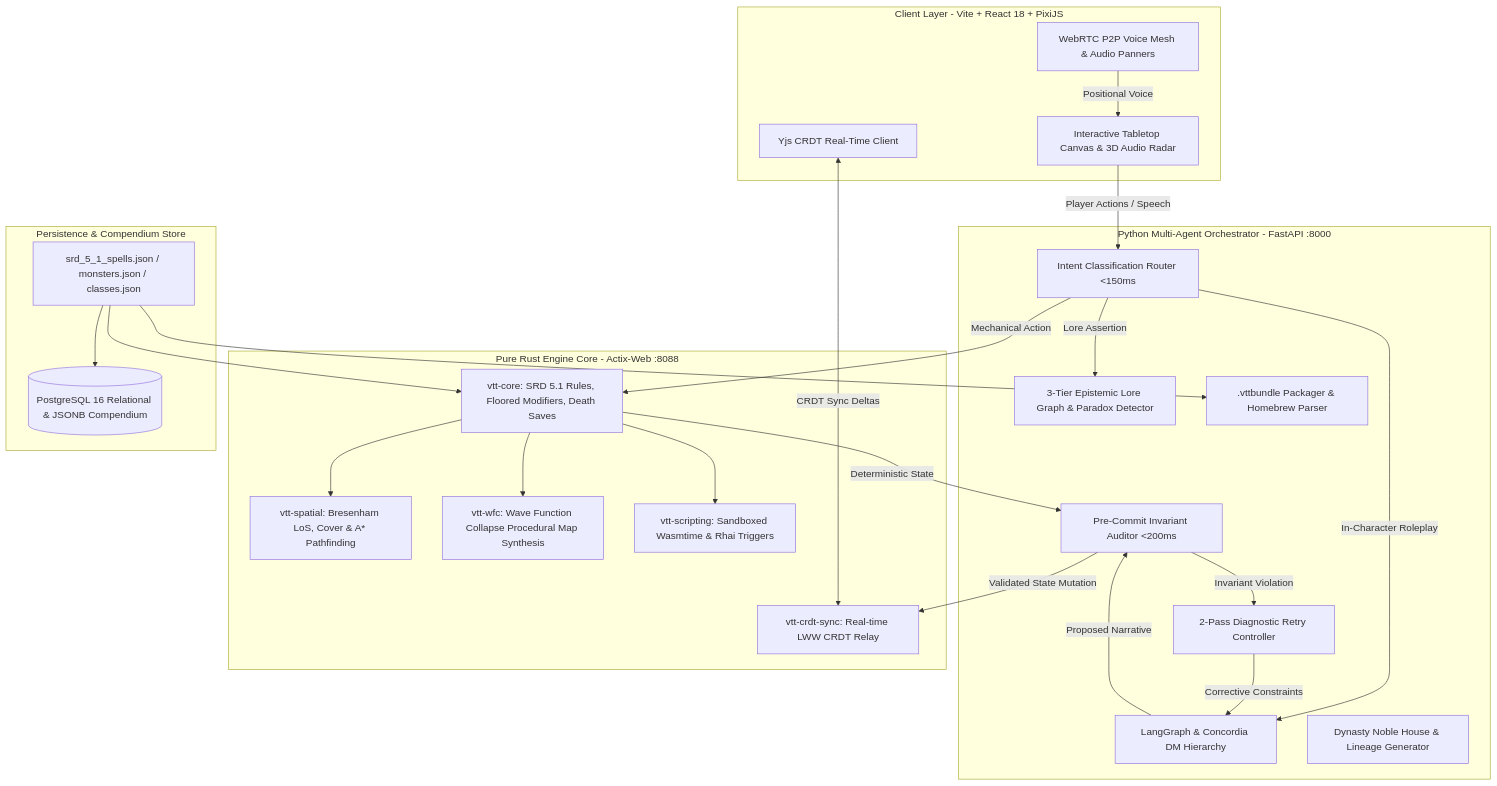
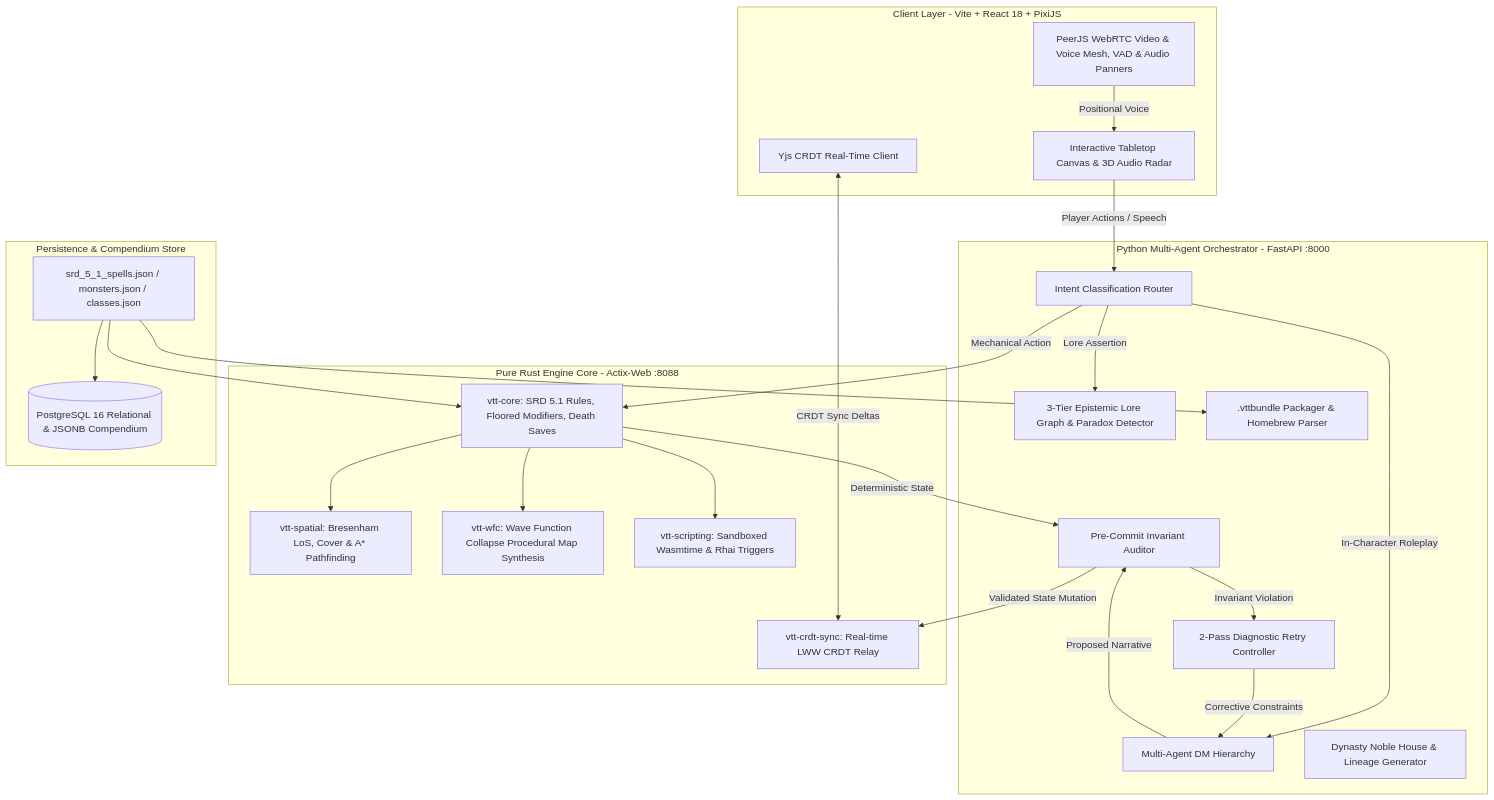
Before and after one commit to Heretek-AI/AetherTable: the diagram in README.md, drawn with Mermaid. The commit also changed other lines of this file and 2 other files, not shown here.

````diff
--- a/README.md
+++ b/README.md
@@ -22,53 +22,53 @@
 ```mermaid
 graph TD
     subgraph Client_Layer [Client Layer - Vite + React 18 + PixiJS]
         UI[Interactive Tabletop Canvas & 3D Audio Radar]
-        WebRTC[WebRTC P2P Voice Mesh & Audio Panners]
+        WebRTC[PeerJS WebRTC Video & Voice Mesh, VAD & Audio Panners]
         CRDTClient[Yjs CRDT Real-Time Client]
     end
 
     subgraph Orchestrator_Layer [Python Multi-Agent Orchestrator - FastAPI :8000]
-        IntentRouter[Intent Classification Router <150ms]
-        DMHierarchy[LangGraph & Concordia DM Hierarchy]
-        Auditor[Pre-Commit Invariant Auditor <200ms]
+        IntentRouter[Intent Classification Router]
+        DMHierarchy[Multi-Agent DM Hierarchy]
+        Auditor[Pre-Commit Invariant Auditor]
         RetryController[2-Pass Diagnostic Retry Controller]
         LoreGraph[3-Tier Epistemic Lore Graph & Paradox Detector]
         DynastyEngine[Dynasty Noble House & Lineage Generator]
         BundlePackager[.vttbundle Packager & Homebrew Parser]
     end
 
     subgraph Authoritative_Core [Pure Rust Engine Core - Actix-Web :8088]
         RulesEngine[vtt-core: SRD 5.1 Rules, Floored Modifiers, Death Saves]
         SpatialEngine[vtt-spatial: Bresenham LoS, Cover & A* Pathfinding]
         WFCEngine[vtt-wfc: Wave Function Collapse Procedural Map Synthesis]
         CRDTServer[vtt-crdt-sync: Real-time LWW CRDT Relay]
         ScriptingEngine[vtt-scripting: Sandboxed Wasmtime & Rhai Triggers]
     end
 
     subgraph Persistence_Layer [Persistence & Compendium Store]
         Postgres[(PostgreSQL 16 Relational & JSONB Compendium)]
         CompendiumJSON[srd_5_1_spells.json / monsters.json / classes.json]
     end
 
     UI -->|Player Actions / Speech| IntentRouter
     WebRTC -->|Positional Voice| UI
     CRDTClient <-->|CRDT Sync Deltas| CRDTServer
 
     IntentRouter -->|Mechanical Action| RulesEngine
     IntentRouter -->|Lore Assertion| LoreGraph
     IntentRouter -->|In-Character Roleplay| DMHierarchy
 
     DMHierarchy -->|Proposed Narrative| Auditor
     RulesEngine -->|Deterministic State| Auditor
     Auditor -->|Invariant Violation| RetryController
     RetryController -->|Corrective Constraints| DMHierarchy
     Auditor -->|Validated State Mutation| CRDTServer
 
     RulesEngine --> SpatialEngine
     RulesEngine --> WFCEngine
     RulesEngine --> ScriptingEngine
 
     CompendiumJSON --> Postgres
     CompendiumJSON --> RulesEngine
     CompendiumJSON --> BundlePackager
 ```
````
